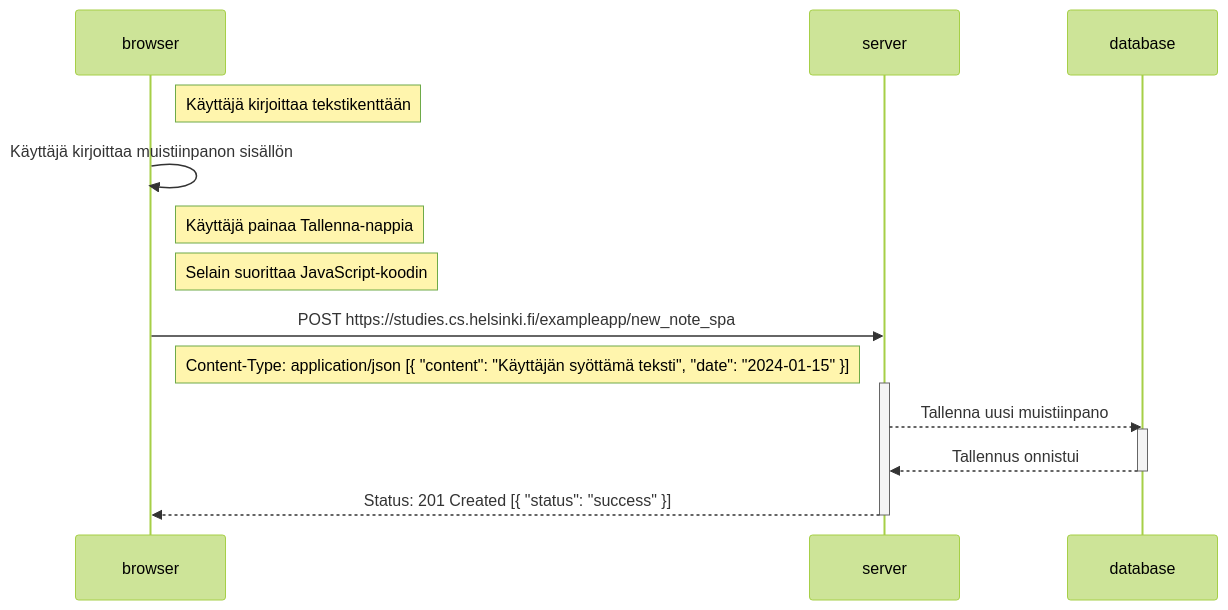
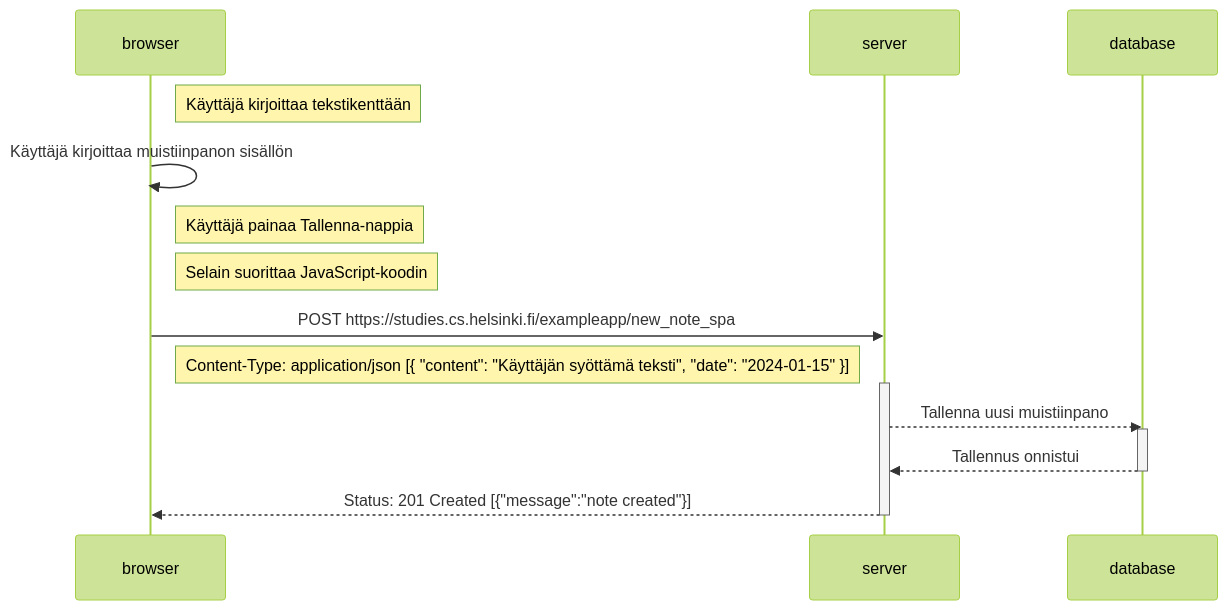
Before and after one commit to JenniAlarakkola/Viikko0webohjelmointi: the diagram in 0.6: Uusi muistiinpano.md, drawn with Mermaid (forest theme).

Commit message:
Update 0.6: Uusi muistiinpano.md

````diff
--- a/0.6: Uusi muistiinpano.md
+++ b/0.6: Uusi muistiinpano.md
@@ -1,24 +1,24 @@
 ```mermaid
 sequenceDiagram
     participant browser
     participant server
     participant database
     
     Note right of browser: Käyttäjä kirjoittaa tekstikenttään
     
     browser->>browser: Käyttäjä kirjoittaa muistiinpanon sisällön
     
     Note right of browser: Käyttäjä painaa Tallenna-nappia
     
     Note right of browser: Selain suorittaa JavaScript-koodin
     browser->>server: POST https://studies.cs.helsinki.fi/exampleapp/new_note_spa
     Note right of browser: Content-Type: application/json [{ "content": "Käyttäjän syöttämä teksti", "date": "2024-01-15" }]
 
     activate server
     server-->>database: Tallenna uusi muistiinpano
     activate database
     database-->>server: Tallennus onnistui
     deactivate database
-    server-->>browser: Status: 201 Created [{ "status": "success" }]
+    server-->>browser: Status: 201 Created [{"message":"note created"}]
     deactivate server
 ```
````
